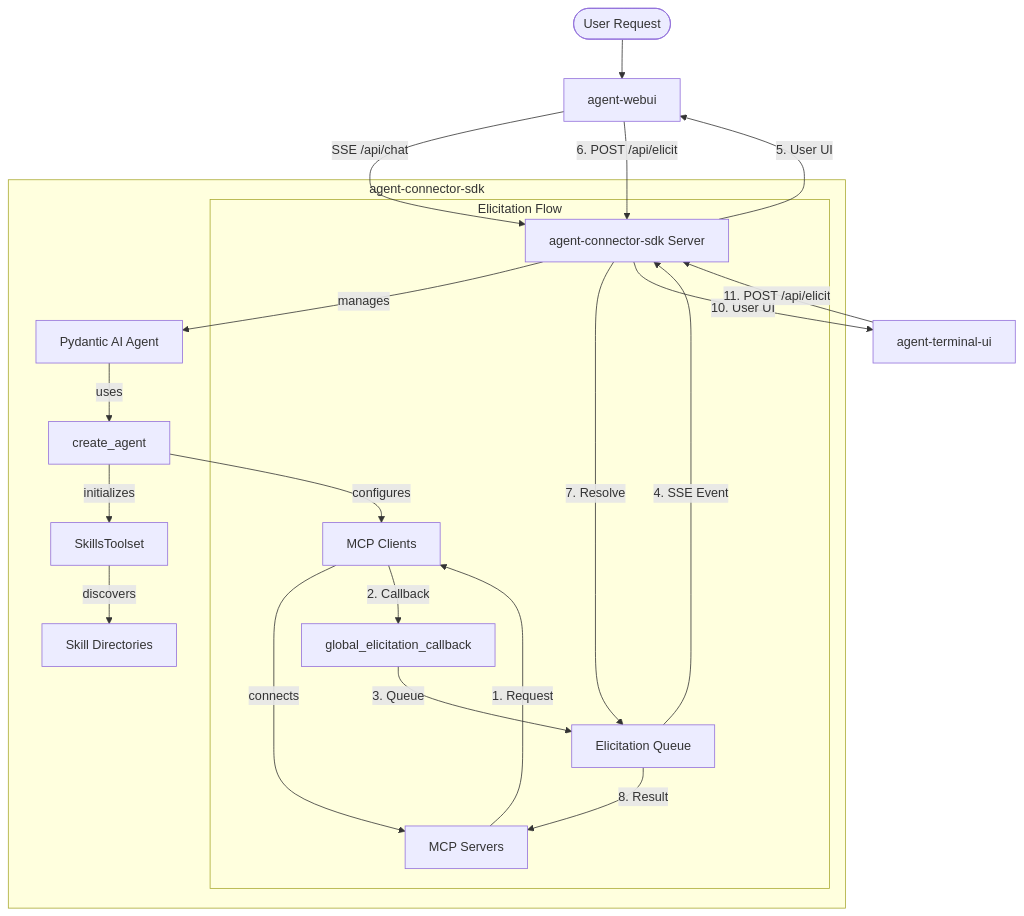
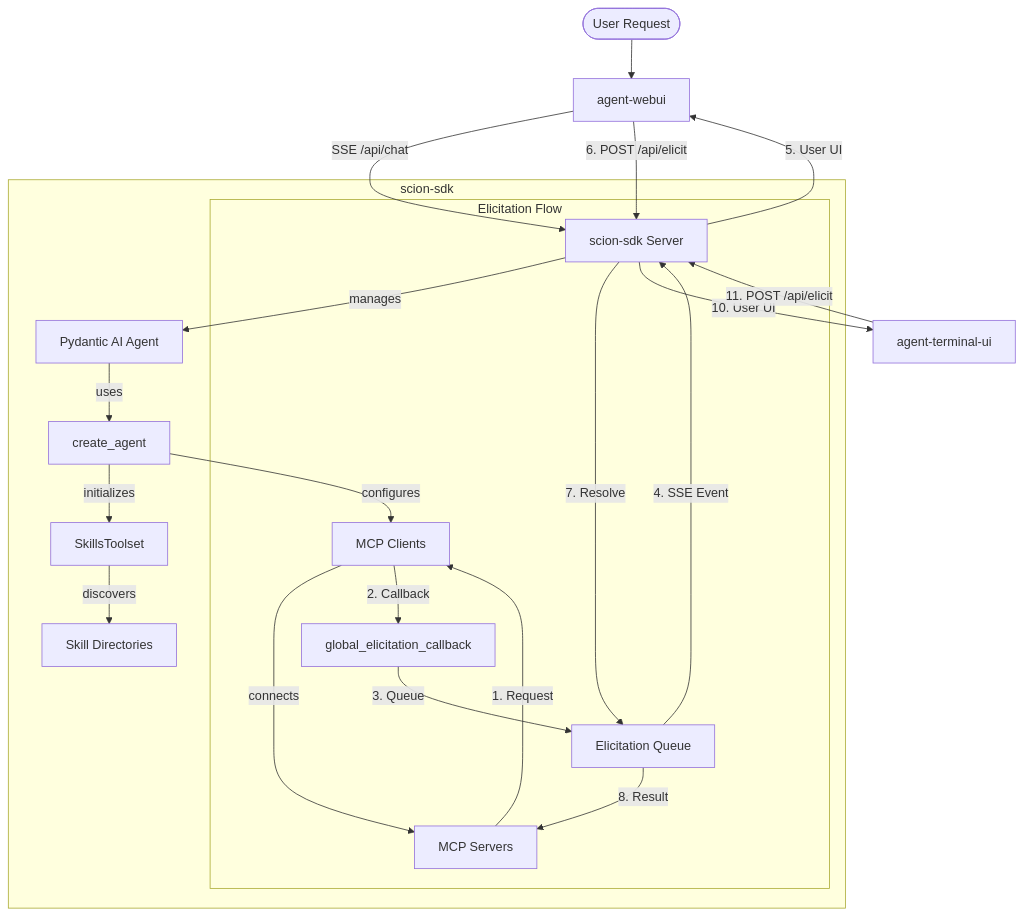
One commit to Knuckles-Team/repository-manager changed the first of 4 diagrams in AGENTS.md. Above: the diagram before and after it, drawn with Mermaid. The commit also changed other lines of this file and 146 other files, not shown here.

First line of the commit message:
chore: require scion-sdk>=0.6.4 (3.5.4)

````diff
--- a/AGENTS.md
+++ b/AGENTS.md
@@ -51,29 +51,29 @@
 ```mermaid
 graph TD
     User([User Request]) --> WebUI[agent-webui]
-    WebUI -- SSE /api/chat --> Backend[agent-connector-sdk Server]
+    WebUI -- SSE /api/chat --> Backend[scion-sdk Server]
 
-    subgraph AgentUtilities [agent-connector-sdk]
+    subgraph AgentUtilities [scion-sdk]
         Backend -- manages --> Agent[Pydantic AI Agent]
         Agent -- uses --> CA[create_agent]
         CA -- initializes --> ST[SkillsToolset]
         CA -- configures --> MCP[MCP Clients]
         ST -- discovers --> SkillDir[Skill Directories]
         MCP -- connects --> MCPServer[MCP Servers]
 
         subgraph ElicitationFlow [Elicitation Flow]
             MCPServer -- 1. Request --> MCP
             MCP -- 2. Callback --> GEC[global_elicitation_callback]
             GEC -- 3. Queue --> EQ[Elicitation Queue]
             EQ -- 4. SSE Event --> Backend
         end
     end
 
     Backend -- 5. User UI --> WebUI
     WebUI -- 6. POST /api/elicit --> Backend
     Backend -- 7. Resolve --> EQ
     EQ -- 8. Result --> MCPServer
 
     Backend -- 10. User UI --> TerminalUI[agent-terminal-ui]
     TerminalUI -- 11. POST /api/elicit --> Backend
 ```
````
